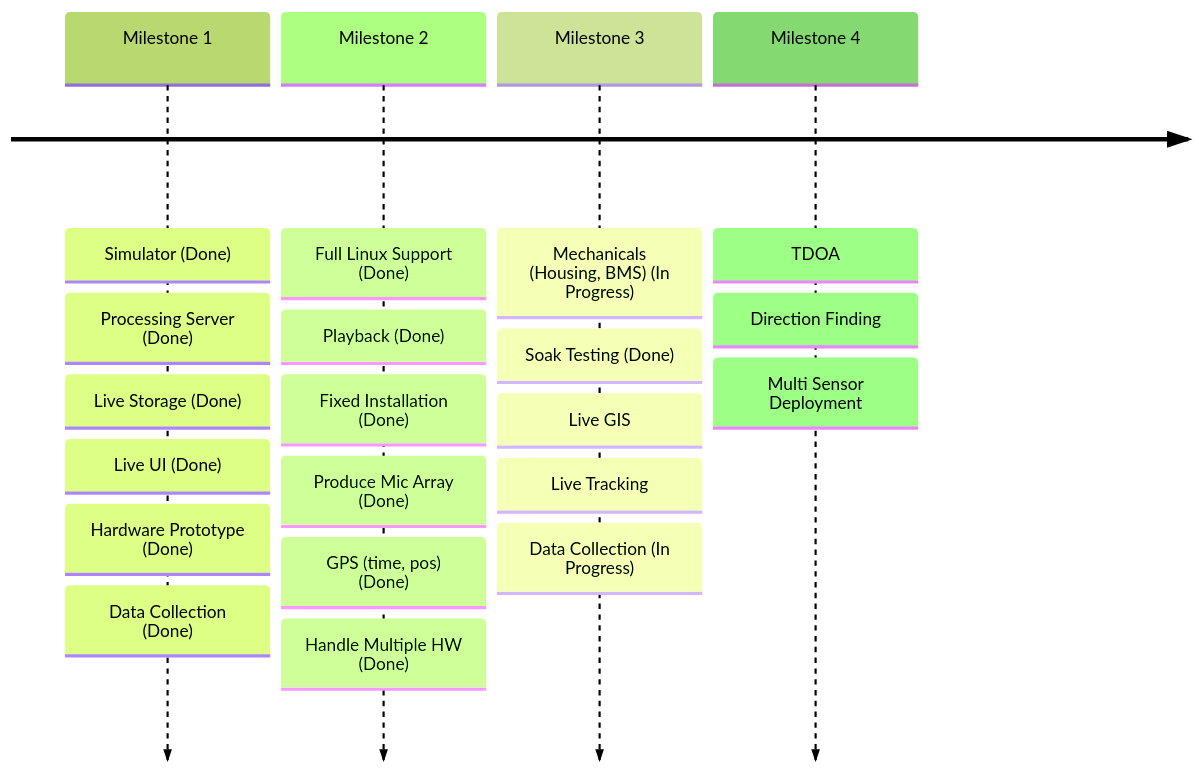
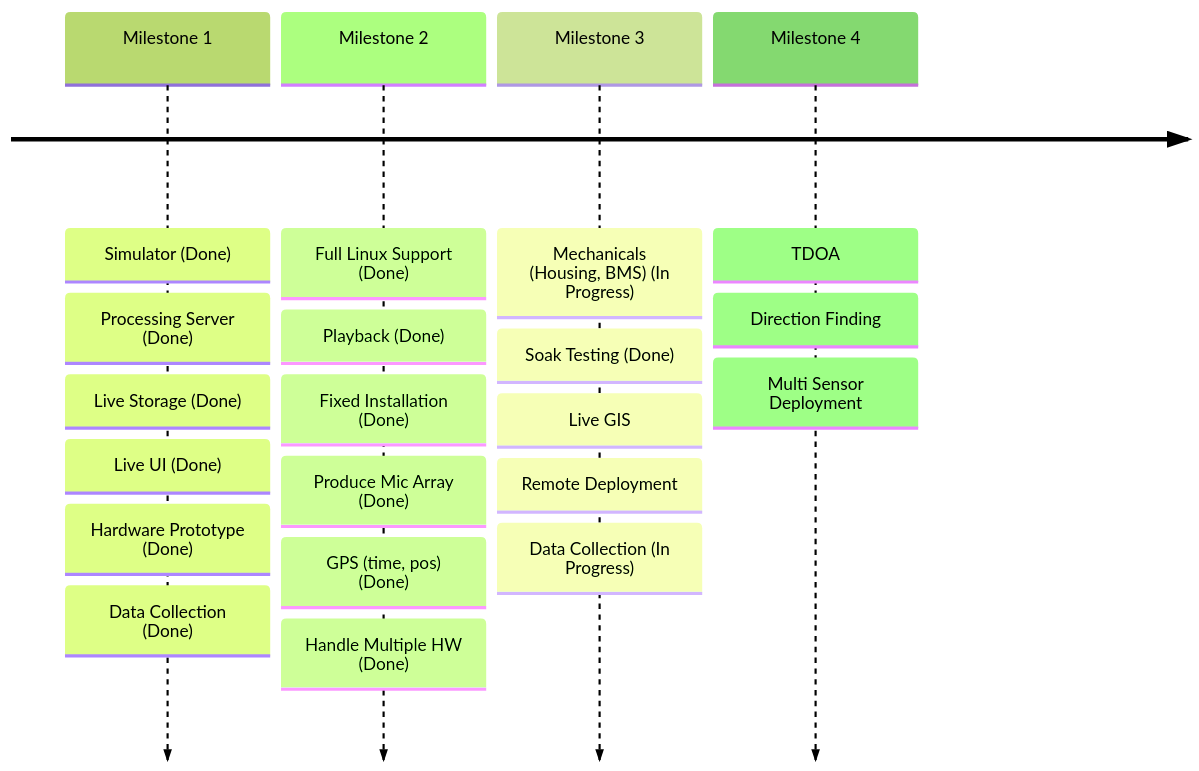
One commit to Sense-Scape/.github changed the second of 2 diagrams in profile/README.md. Above: the diagram before and after it, drawn with Mermaid (forest theme).

````diff
--- a/profile/README.md
+++ b/profile/README.md
@@ -50,9 +50,9 @@
 ``` mermaid
 
 timeline
     Milestone 1 : Simulator (Done) : Processing Server (Done) : Live Storage (Done) : Live UI (Done) : Hardware Prototype (Done) : Data Collection (Done)
     Milestone 2 : Full Linux Support (Done) : Playback (Done) : Fixed Installation (Done) : Produce Mic Array (Done)  : GPS (time, pos) (Done) : Handle Multiple HW (Done)
-    Milestone 3 : Mechanicals (Housing, BMS) (In Progress) : Soak Testing (Done) : Live GIS : Live Tracking : Data Collection (In Progress)
+    Milestone 3 : Mechanicals (Housing, BMS) (In Progress) : Soak Testing (Done) : Live GIS : Remote Deployment : Data Collection (In Progress)
     Milestone 4 : TDOA : Direction Finding : Multi Sensor Deployment
 
 ```
````
